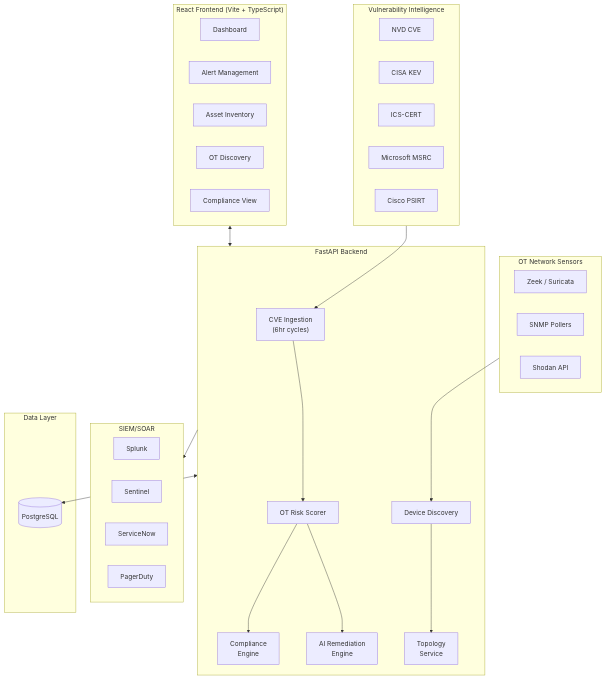
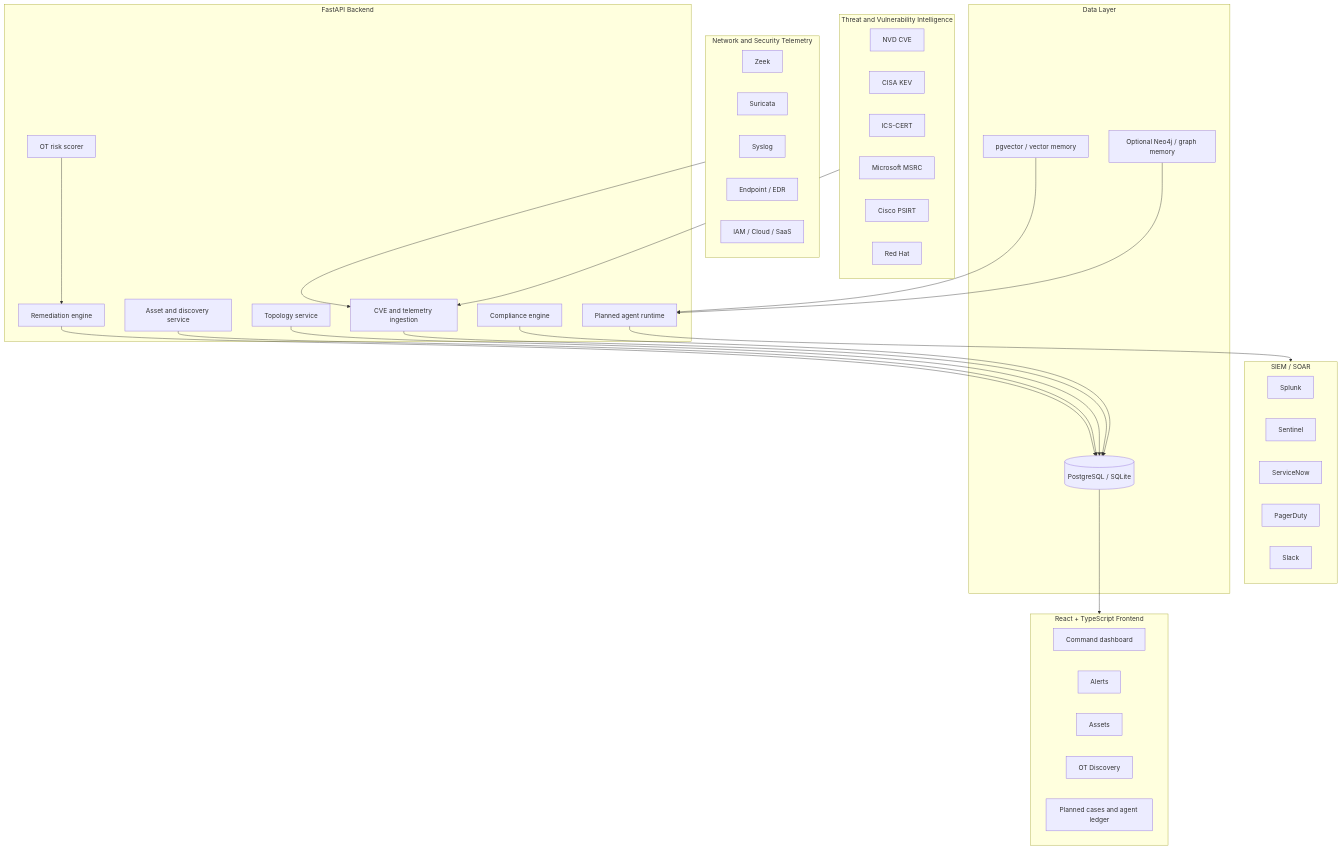
The diagram in README.md (mangod12/OneAlert), drawn with Mermaid before and after one commit. The commit also changed other lines of this file and 7 other files, not shown here.

````diff
--- a/README.md
+++ b/README.md
@@ -80,54 +99,64 @@
 ```mermaid
 flowchart TD
-    subgraph Sources["Vulnerability Intelligence"]
+    subgraph Intel["Threat and Vulnerability Intelligence"]
         NVD["NVD CVE"]
         KEV["CISA KEV"]
         ICS["ICS-CERT"]
         MSRC["Microsoft MSRC"]
         CISCO["Cisco PSIRT"]
+        REDHAT["Red Hat"]
     end
 
-    subgraph Sensors["OT Network Sensors"]
-        ZEEK["Zeek / Suricata"]
-        SNMP["SNMP Pollers"]
-        SHODAN["Shodan API"]
+    subgraph Telemetry["Network and Security Telemetry"]
+        ZEEK["Zeek"]
+        SURICATA["Suricata"]
+        SYSLOG["Syslog"]
+        EDR["Endpoint / EDR"]
+        IAM["IAM / Cloud / SaaS"]
     end
 
     subgraph Backend["FastAPI Backend"]
-        INGEST["CVE Ingestion\n(6hr cycles)"]
-        DISCO["Device Discovery"]
-        REMEDIATE["AI Remediation\nEngine"]
-        COMPLY["Compliance\nEngine"]
-        RISK["OT Risk Scorer"]
-        TOPO["Topology\nService"]
+        INGEST["CVE and telemetry ingestion"]
+        ASSETS["Asset and discovery service"]
+        TOPO["Topology service"]
+        RISK["OT risk scorer"]
+        REMEDIATE["Remediation engine"]
+        COMPLY["Compliance engine"]
+        AGENT["Planned agent runtime"]
     end
 
-    subgraph Frontend["React Frontend (Vite + TypeScript)"]
-        DASH["Dashboard"]
-        ALERTS["Alert Management"]
-        ASSETS["Asset Inventory"]
-        OT["OT Discovery"]
-        COMP_UI["Compliance View"]
+    subgraph Data["Data Layer"]
+        DB[("PostgreSQL / SQLite")]
+        VECTOR["pgvector / vector memory"]
+        GRAPH["Optional Neo4j / graph memory"]
     end
 
-    subgraph Storage["Data Layer"]
-        DB[("PostgreSQL")]
+    subgraph Frontend["React + TypeScript Frontend"]
+        DASH["Command dashboard"]
+        ALERTS["Alerts"]
+        ASSET_UI["Assets"]
+        OT["OT Discovery"]
+        CASES["Planned cases and agent ledger"]
     end
 
-    subgraph Integrations["SIEM/SOAR"]
+    subgraph Integrations["SIEM / SOAR"]
         SPLUNK["Splunk"]
         SENTINEL["Sentinel"]
         SNOW["ServiceNow"]
         PD["PagerDuty"]
+        SLACK["Slack"]
     end
 
-    Sources --> INGEST
-    Sensors --> DISCO
-    INGEST --> RISK
-    DISCO --> TOPO
+    Intel --> INGEST
+    Telemetry --> INGEST
+    INGEST --> DB
+    ASSETS --> DB
+    TOPO --> DB
     RISK --> REMEDIATE
-    RISK --> COMPLY
-    Backend <--> DB
-    Backend --> Integrations
-    Frontend <--> Backend
+    REMEDIATE --> DB
+    COMPLY --> DB
+    DB --> Frontend
+    VECTOR --> AGENT
+    GRAPH --> AGENT
+    AGENT --> Integrations
 ```
````
